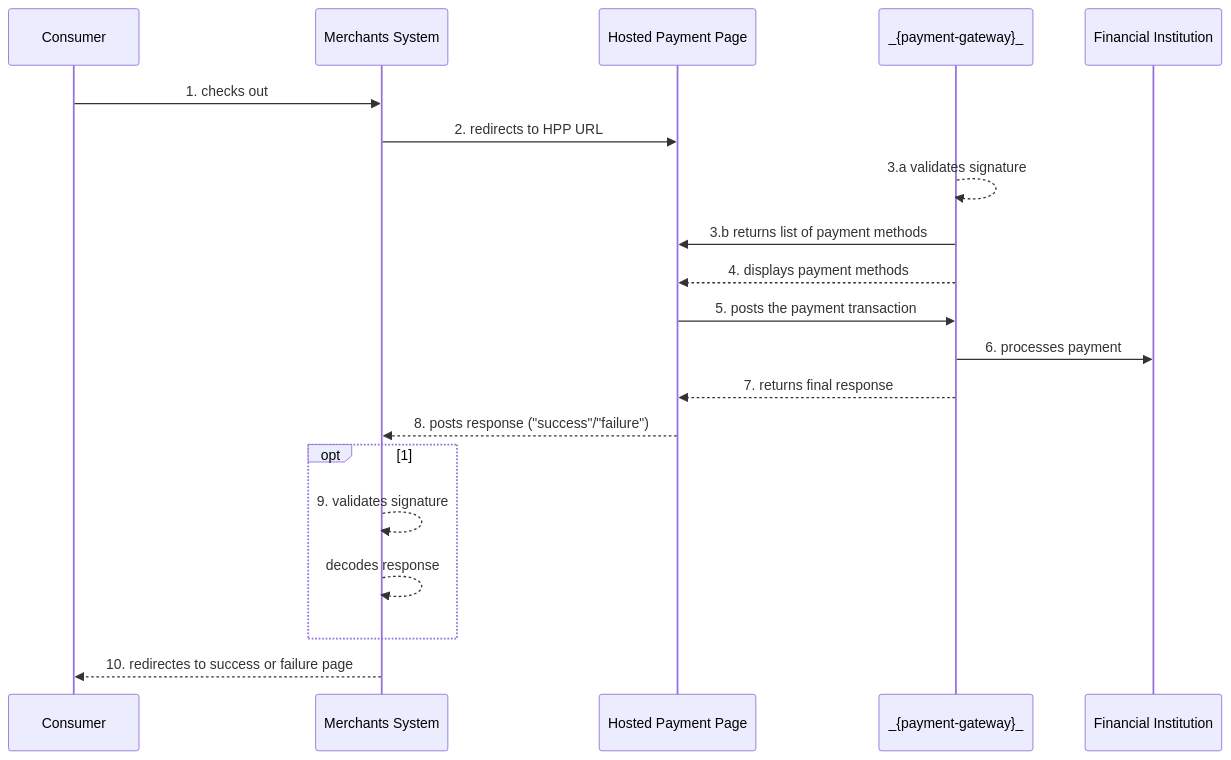
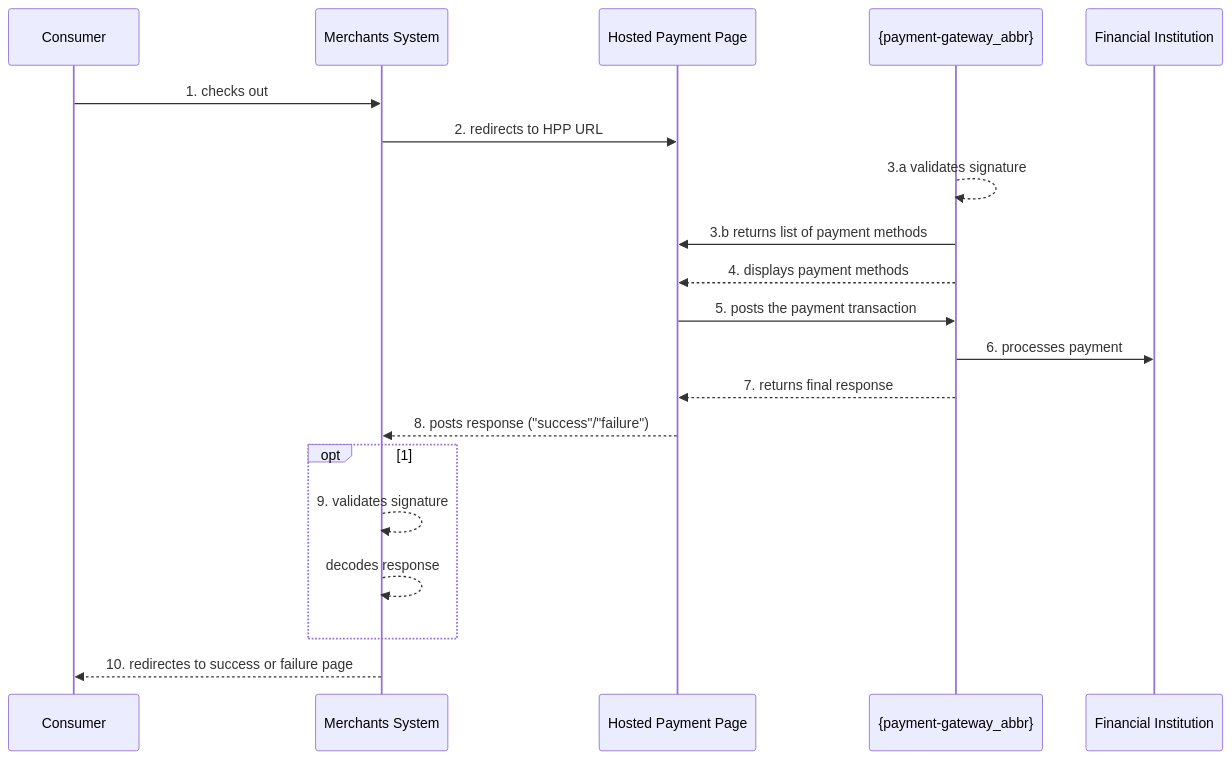
One commit to wirecard/merchant-documentation-gateway changed the diagram in 03-02-01-01-pp-hosted-payment-page-workflow.adoc. Above: the diagram before and after it, drawn with Mermaid.

Commit message:
Update Mermaid Diagrams

```diff
--- a/03-02-01-01-pp-hosted-payment-page-workflow.adoc
+++ b/03-02-01-01-pp-hosted-payment-page-workflow.adoc
@@ -13,23 +13,23 @@
 [mermaid,PP_HPP_Workflow,svg,subs=attributes+]
 ----
 sequenceDiagram
     participant A as Consumer
     participant B as Merchants System
     participant C as Hosted Payment Page
-    participant D as _{payment-gateway}_
+    participant D as {payment-gateway_abbr}
     participant E as Financial Institution
         A ->> B: 1. checks out
         B ->> C: 2. redirects to HPP URL
         D -->> D: 3.a validates signature
-	      D ->> C: 3.b returns list of payment methods
+	    D ->> C: 3.b returns list of payment methods
         D -->> C: 4. displays payment methods
         C ->> D: 5. posts the payment transaction
         D ->> E: 6. processes payment
         D -->> C: 7. returns final response
         C -->> B: 8. posts response ("success"/"failure")
         opt 1
         B -->> B: 9. validates signature
         B -->> B: decodes response
         end
         B -->> A: 10. redirectes to success or failure page
 ----
```
